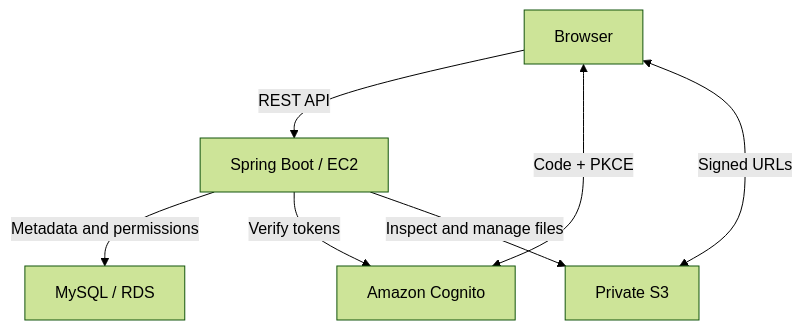
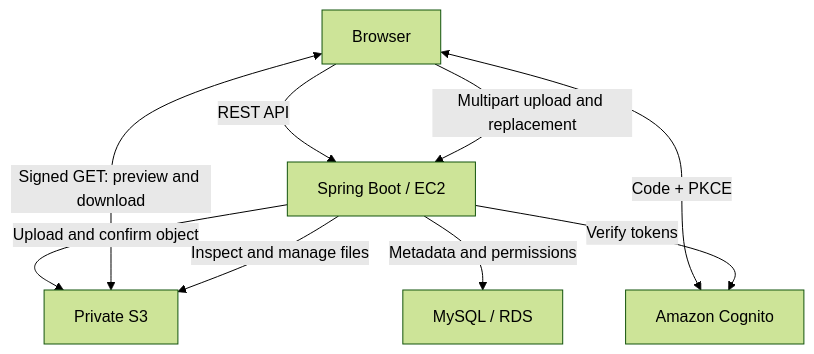
Before and after one commit to hluongTr/CloudDocs-He-thong-quan-ly-tai-lieu-doanh-nghiep-tren-Cloud-AWS: the diagram in README.en.md, drawn with Mermaid (forest theme). The commit also changed other lines of this file and 41 other files, not shown here.

````diff
--- a/README.en.md
+++ b/README.en.md
@@ -60,9 +99,11 @@
 ```mermaid
 flowchart TD
     Web["Browser"] -->|REST API| API["Spring Boot / EC2"]
     Web <-->|Code + PKCE| Auth["Amazon Cognito"]
-    Web <-->|Signed URLs| S3["Private S3"]
+    Web -->|Multipart upload and replacement| API
+    API -->|Upload and confirm object| S3["Private S3"]
+    Web <-->|Signed GET: preview and download| S3
     API -->|Metadata and permissions| DB["MySQL / RDS"]
     API -->|Verify tokens| Auth
     API -->|Inspect and manage files| S3
 ```
````
